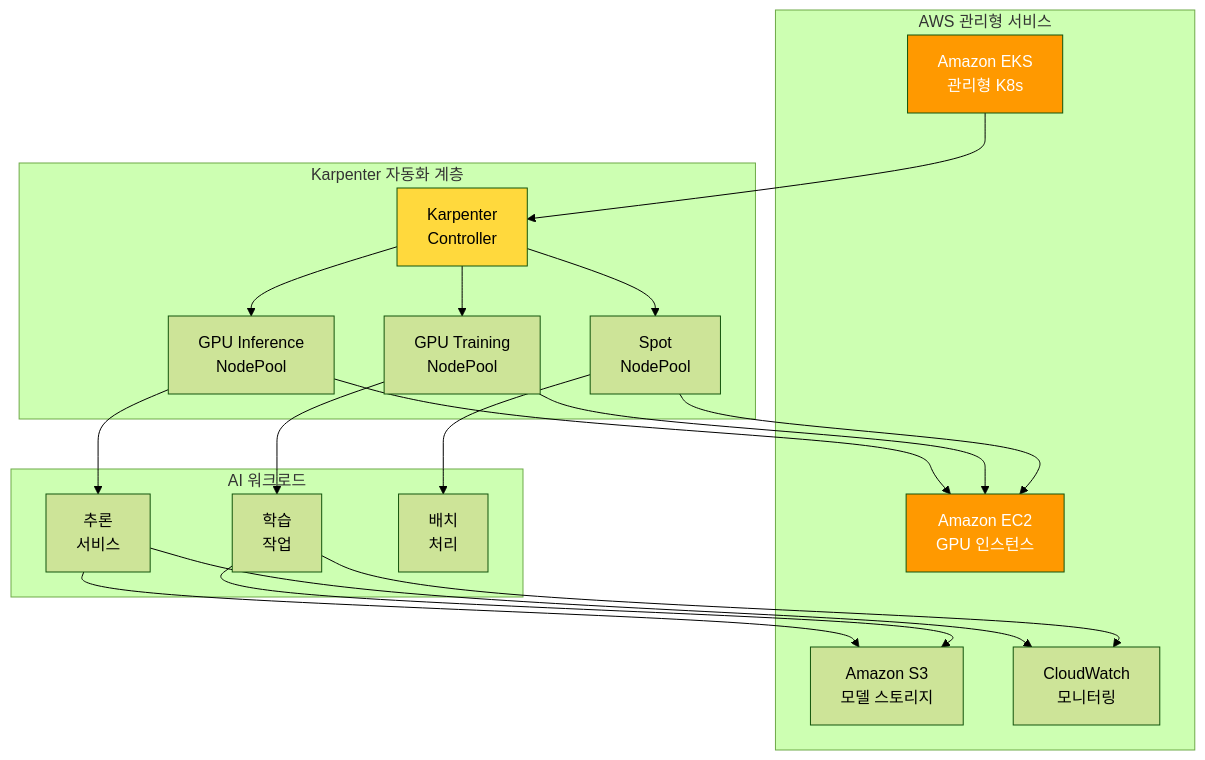
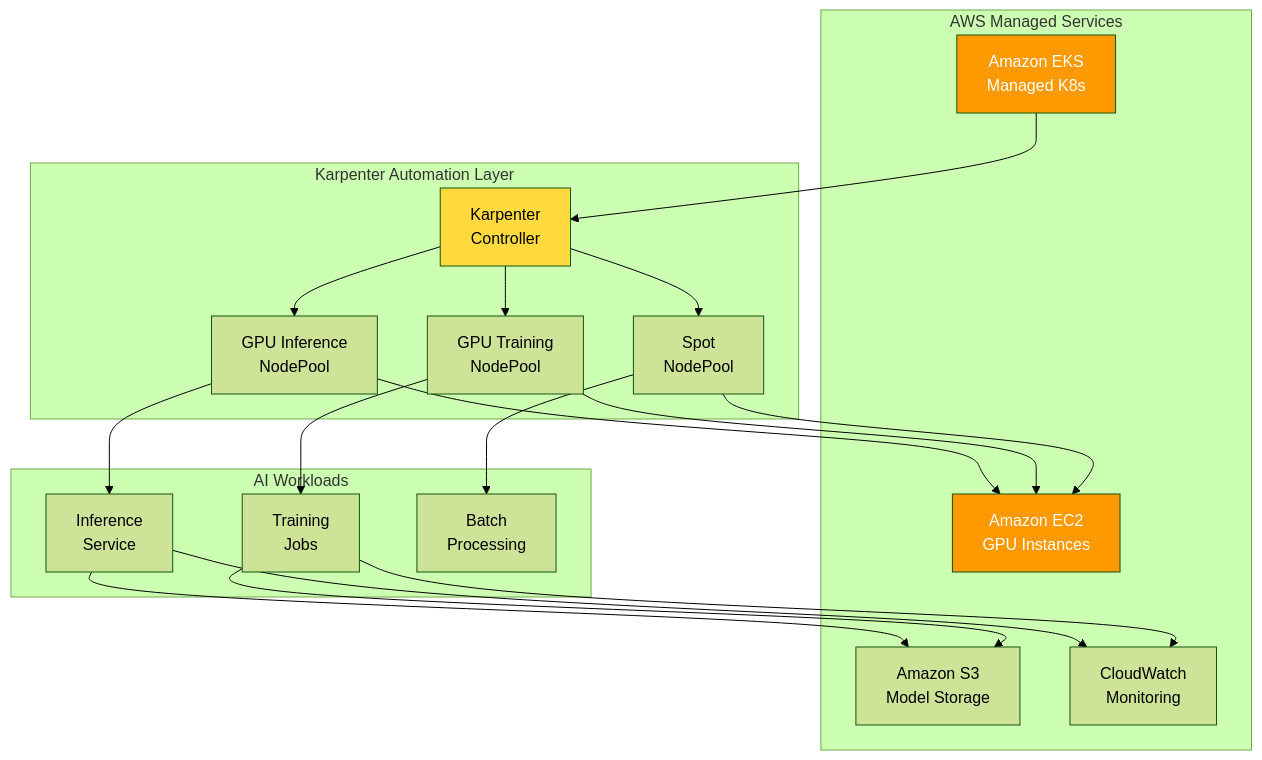
Before and after one commit to devfloor9/engineering-playbook: the third of 11 diagrams in i18n/en/docusaurus-plugin-content-docs/current/agentic-ai-platform/design-architecture/agentic-ai-solutions-eks.md, drawn with Mermaid (forest theme). The commit also changed other lines of this file and 16 other files, not shown here.

````diff
--- a/i18n/en/docusaurus-plugin-content-docs/current/agentic-ai-platform/design-architecture/agentic-ai-solutions-eks.md
+++ b/i18n/en/docusaurus-plugin-content-docs/current/agentic-ai-platform/design-architecture/agentic-ai-solutions-eks.md
@@ -174,41 +174,41 @@
 ```mermaid
 flowchart TD
-    subgraph AWS["AWS 관리형 서비스"]
-        EKS["Amazon EKS<br/>관리형 K8s"]
-        EC2["Amazon EC2<br/>GPU 인스턴스"]
-        S3["Amazon S3<br/>모델 스토리지"]
-        CW["CloudWatch<br/>모니터링"]
+    subgraph AWS["AWS Managed Services"]
+        EKS["Amazon EKS<br/>Managed K8s"]
+        EC2["Amazon EC2<br/>GPU Instances"]
+        S3["Amazon S3<br/>Model Storage"]
+        CW["CloudWatch<br/>Monitoring"]
     end
 
-    subgraph KarpenterLayer["Karpenter 자동화 계층"]
+    subgraph KarpenterLayer["Karpenter Automation Layer"]
         KARP["Karpenter<br/>Controller"]
         NP1["GPU Inference<br/>NodePool"]
         NP2["GPU Training<br/>NodePool"]
         NP3["Spot<br/>NodePool"]
     end
 
-    subgraph Workload["AI 워크로드"]
-        INF["추론<br/>서비스"]
-        TRAIN["학습<br/>작업"]
-        BATCH["배치<br/>처리"]
+    subgraph Workload["AI Workloads"]
+        INF["Inference<br/>Service"]
+        TRAIN["Training<br/>Jobs"]
+        BATCH["Batch<br/>Processing"]
     end
 
     EKS --> KARP
     KARP --> NP1
     KARP --> NP2
     KARP --> NP3
     NP1 --> EC2
     NP2 --> EC2
     NP3 --> EC2
     NP1 --> INF
     NP2 --> TRAIN
     NP3 --> BATCH
     INF --> S3
     TRAIN --> S3
     INF --> CW
     TRAIN --> CW
 
     style EKS fill:#ff9900,color:#fff
     style KARP fill:#ffd93d
     style EC2 fill:#ff9900,color:#fff
 ```
````
